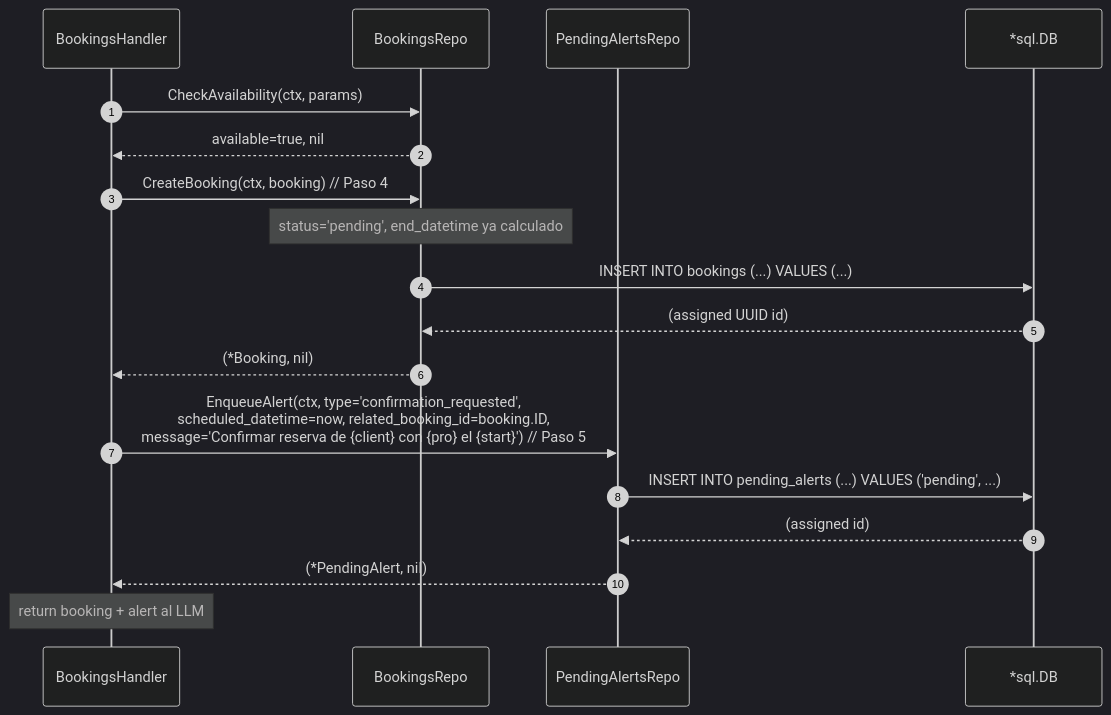
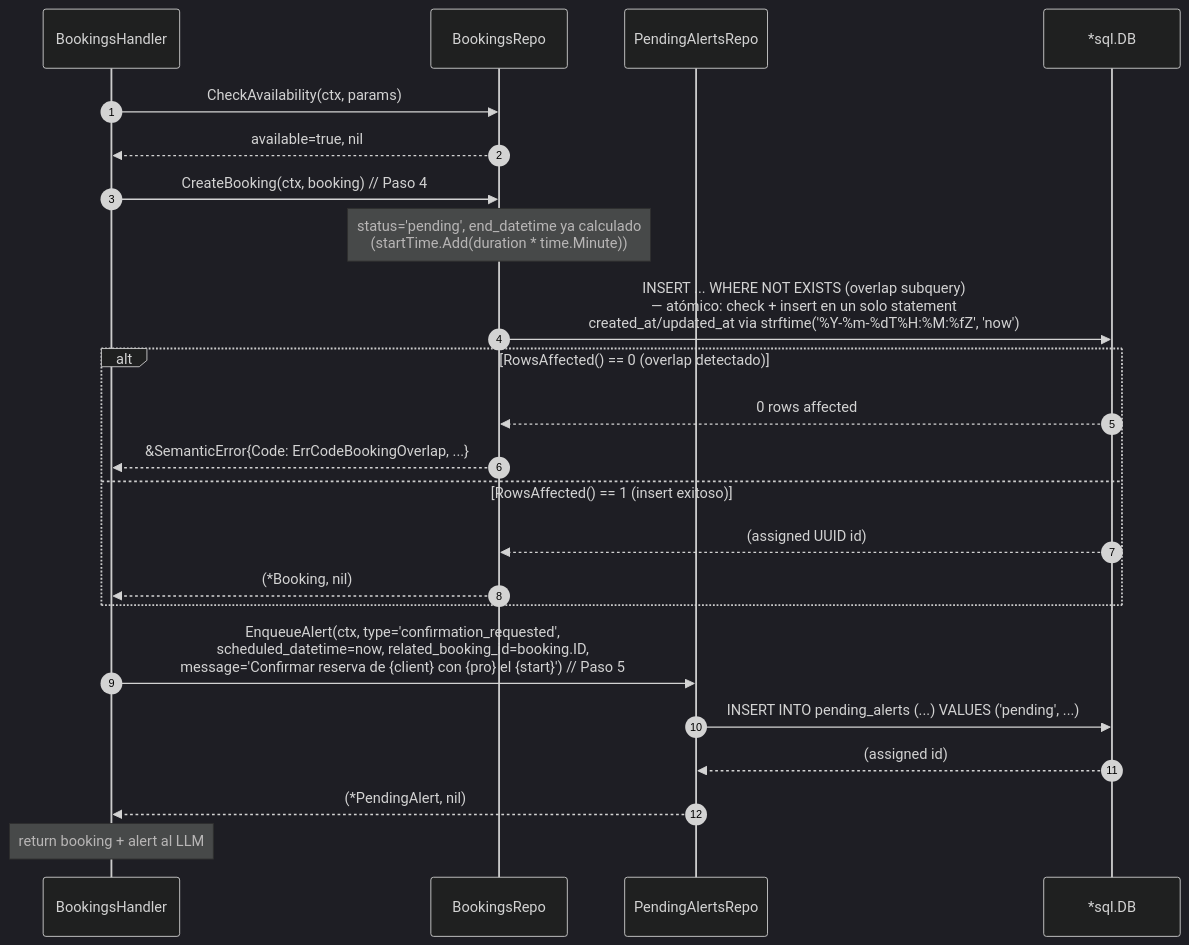
Before and after one commit to egkike/mcp-appointments-crm: the fourth of 4 diagrams in openspec/changes/feat-db-layer/design.md, drawn with Mermaid (dark theme). The commit also changed other lines of this file and 12 other files, not shown here.

````diff
--- a/openspec/changes/feat-db-layer/design.md
+++ b/openspec/changes/feat-db-layer/design.md
@@ -108,21 +108,26 @@
 ```mermaid
 sequenceDiagram
     autonumber
     participant Handler as BookingsHandler
     participant Bk as BookingsRepo
     participant Al as PendingAlertsRepo
     participant DB as *sql.DB
 
     Handler->>Bk: CheckAvailability(ctx, params)
     Bk-->>Handler: available=true, nil
     Handler->>Bk: CreateBooking(ctx, booking)  // Paso 4
-    Note over Bk: status='pending', end_datetime ya calculado
-    Bk->>DB: INSERT INTO bookings (...) VALUES (...)
-    DB-->>Bk: (assigned UUID id)
-    Bk-->>Handler: (*Booking, nil)
+    Note over Bk: status='pending', end_datetime ya calculado<br/>(startTime.Add(duration * time.Minute))
+    Bk->>DB: INSERT ... WHERE NOT EXISTS (overlap subquery)<br/>— atómico: check + insert en un solo statement<br/>created_at/updated_at via strftime('%Y-%m-%dT%H:%M:%fZ', 'now')
+    alt RowsAffected() == 0 (overlap detectado)
+        DB-->>Bk: 0 rows affected
+        Bk-->>Handler: &SemanticError{Code: ErrCodeBookingOverlap, ...}
+    else RowsAffected() == 1 (insert exitoso)
+        DB-->>Bk: (assigned UUID id)
+        Bk-->>Handler: (*Booking, nil)
+    end
     Handler->>Al: EnqueueAlert(ctx, type='confirmation_requested',<br/>scheduled_datetime=now, related_booking_id=booking.ID,<br/>message='Confirmar reserva de {client} con {pro} el {start}')  // Paso 5
     Al->>DB: INSERT INTO pending_alerts (...) VALUES ('pending', ...)
     DB-->>Al: (assigned id)
     Al-->>Handler: (*PendingAlert, nil)
     Note over Handler: return booking + alert al LLM
 ```
````
